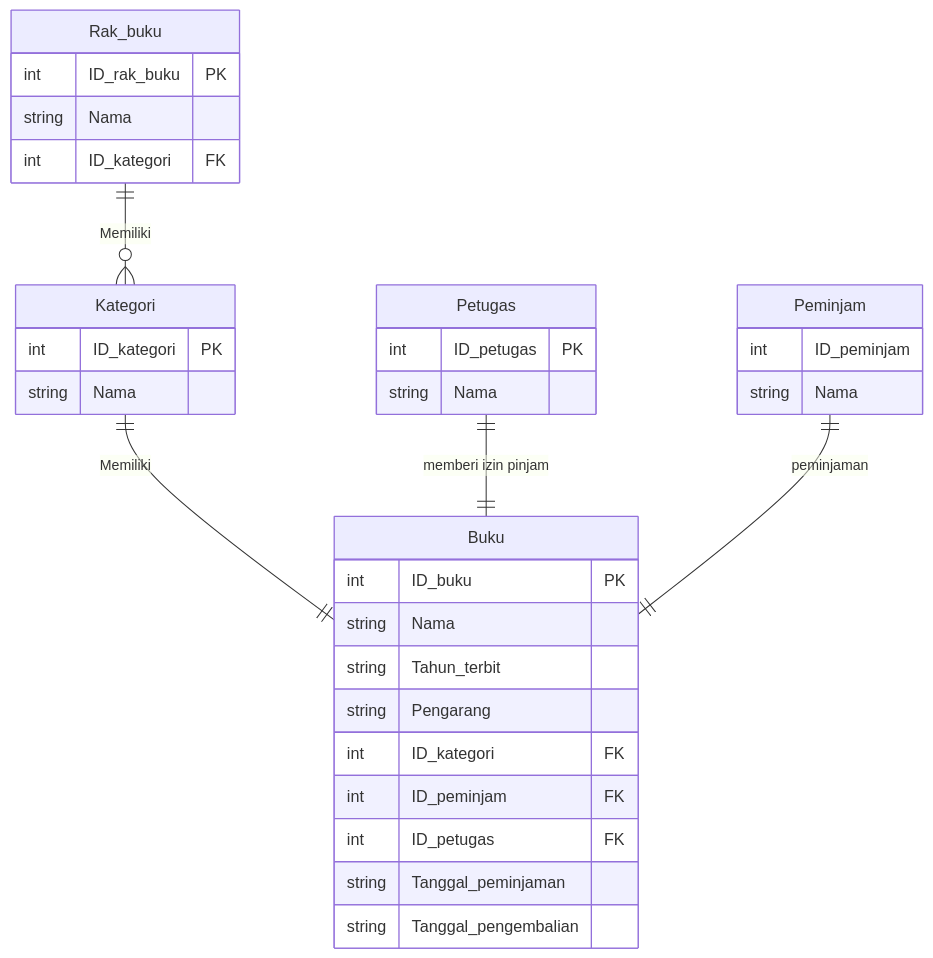
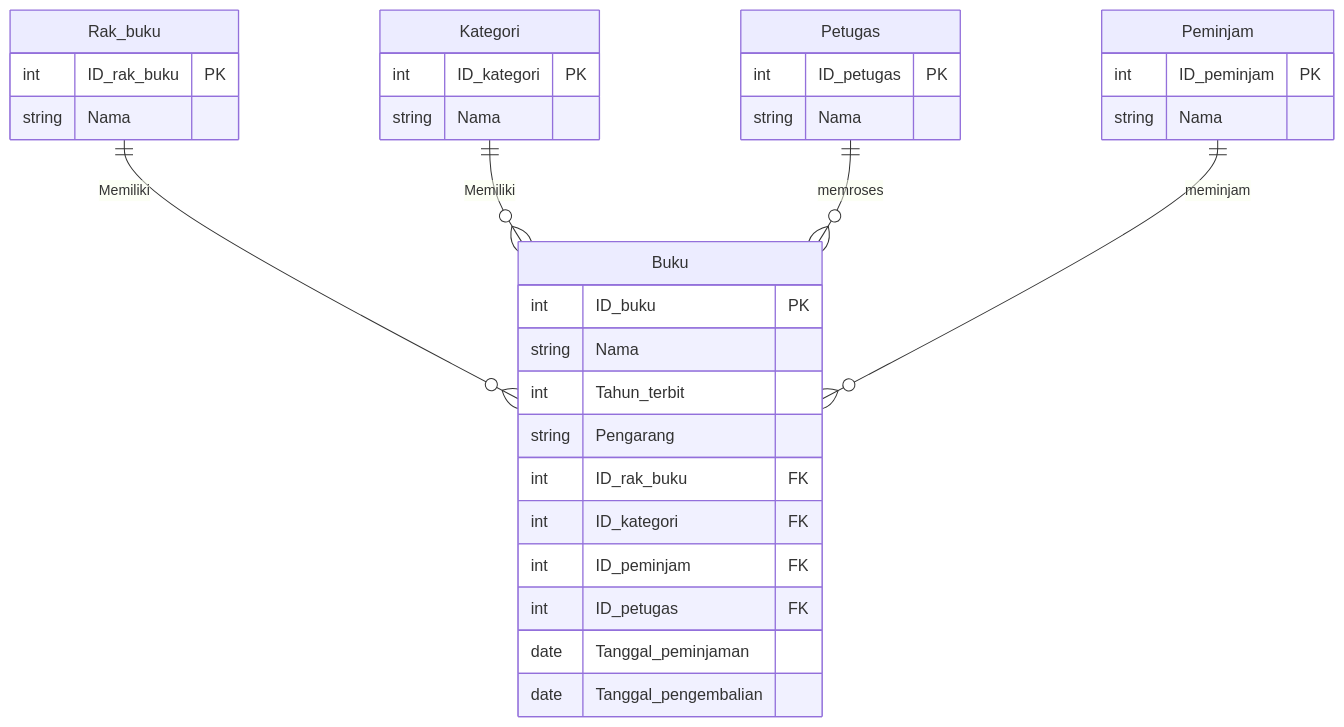
One commit to hilmy07/koda-b6-db1 changed the diagram in erdLibrary.md. Above: the diagram before and after it, drawn with Mermaid.

Commit message:
fix: update library erd

````diff
--- a/erdLibrary.md
+++ b/erdLibrary.md
@@ -1,43 +1,43 @@
 ```mermaid
 ---
 id: a4643532-e86a-4172-a145-7a93d8150bd9
 ---
 erDiagram
 
-    Rak_buku ||--o{ Kategori : "Memiliki"
+    Rak_buku ||--o{ Buku : "Memiliki"
     Rak_buku {
         int ID_rak_buku PK
         string Nama
-        int ID_kategori FK
     }
 
-    Kategori || -- || Buku : "Memiliki"
+    Kategori || --o{ Buku : "Memiliki"
     Kategori {
         int ID_kategori PK
         string Nama
     }
 
     Buku {
         int ID_buku PK
         string Nama
-        string Tahun_terbit
+        int Tahun_terbit
         string Pengarang
+        int ID_rak_buku FK
         int ID_kategori FK
         int ID_peminjam FK
         int ID_petugas FK
-        string Tanggal_peminjaman
-        string Tanggal_pengembalian
+        date Tanggal_peminjaman
+        date Tanggal_pengembalian
     }
 
-    Petugas || -- || Buku : "memberi izin pinjam"
+    Petugas || --o{ Buku : "memroses"
     Petugas {
         int ID_petugas PK
         string Nama
     }
 
-    Peminjam || -- || Buku : "peminjaman"
+    Peminjam || --o{ Buku : "meminjam"
     Peminjam {
-        int ID_peminjam
+        int ID_peminjam PK
         string Nama
     }
 ```
````
